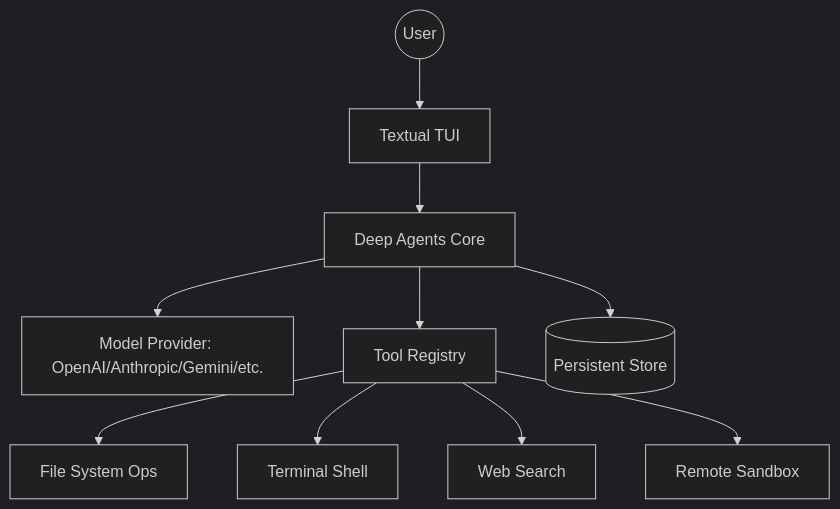
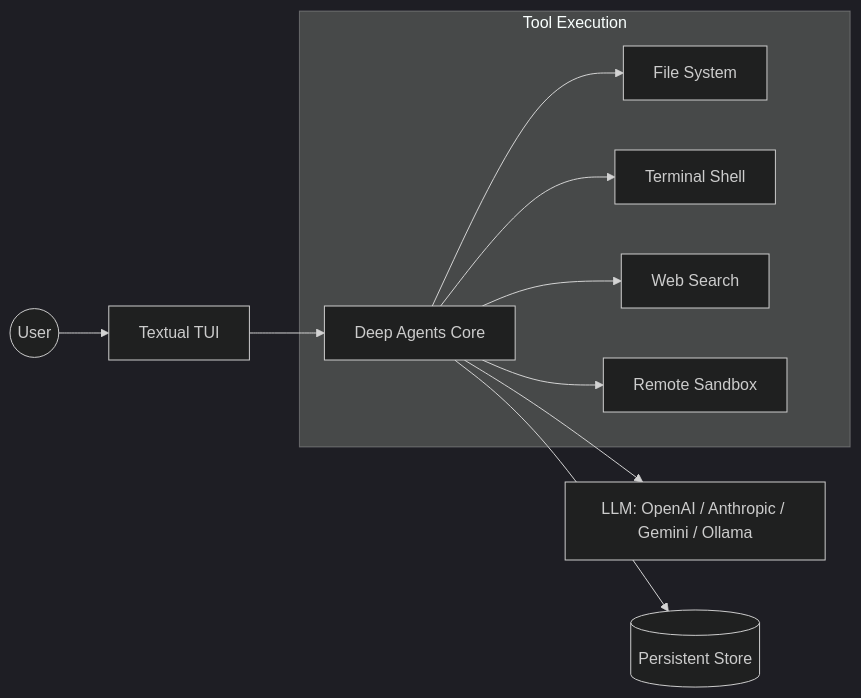
Before and after one commit to RavaniRoshan/morgan: the diagram in libs/code/README.md, drawn with Mermaid (dark theme). The commit also changed other lines of this file, not shown here.

````diff
--- a/libs/code/README.md
+++ b/libs/code/README.md
@@ -59,12 +64,14 @@
 ```mermaid
-graph TD
+graph LR
     User((User)) --> TUI[Textual TUI]
     TUI --> Core[Deep Agents Core]
-    Core --> LLM[Model Provider: OpenAI/Anthropic/Gemini/etc.]
-    Core --> Tools[Tool Registry]
-    Tools --> FS[File System Ops]
-    Tools --> Shell[Terminal Shell]
-    Tools --> Web[Web Search]
-    Tools --> Sandbox[Remote Sandbox]
+    Core --> LLM[LLM: OpenAI / Anthropic / Gemini / Ollama]
     Core --> Memory[(Persistent Store)]
+    
+    subgraph Tool_Registry [Tool Execution]
+        Core --> FS[File System]
+        Core --> Shell[Terminal Shell]
+        Core --> Web[Web Search]
+        Core --> Sandbox[Remote Sandbox]
+    end
 ```
````
